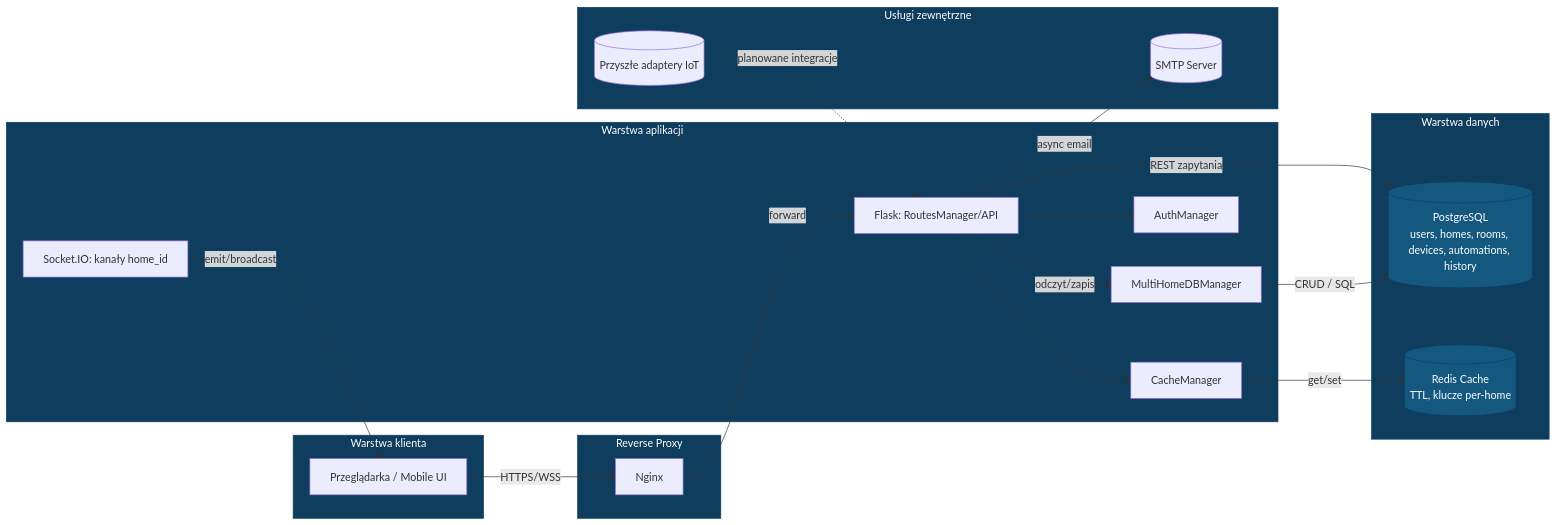
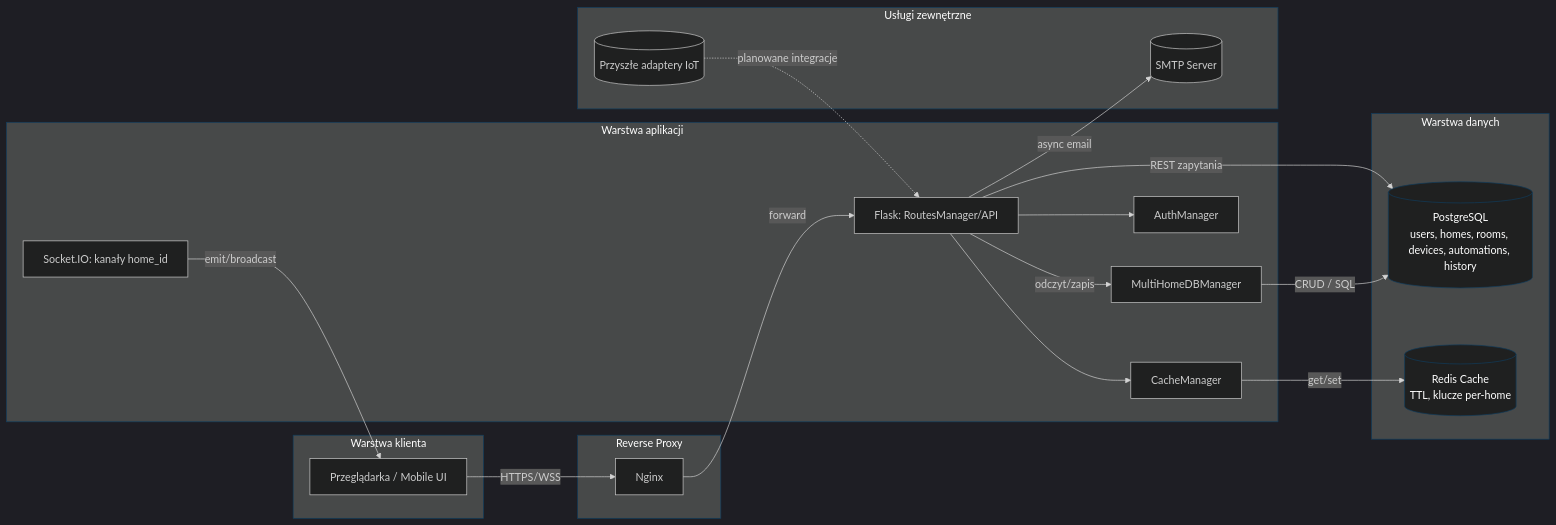
Before and after one commit to AdasRakieta/Site_proj: the diagram in Inzynierka/12_ZALACZNIKI/diagramy/architektura_systemu.mmd, drawn with Mermaid. The commit also changed 7 other files, not shown here.

Commit message:
zmiana stylów diagramów

```diff
--- a/Inzynierka/12_ZALACZNIKI/diagramy/architektura_systemu.mmd
+++ b/Inzynierka/12_ZALACZNIKI/diagramy/architektura_systemu.mmd
@@ -1,39 +1,43 @@
+---
+config:
+  theme: dark
+---
 flowchart LR
     subgraph Client[Warstwa klienta]
         B[Przeglądarka / Mobile UI]
     end
     subgraph Proxy[Reverse Proxy]
         N[Nginx]
     end
     subgraph App[Warstwa aplikacji]
         F[Flask: RoutesManager/API]
         S["Socket.IO: kanały home_id"]
         C[CacheManager]
         A[AuthManager]
         M[MultiHomeDBManager]
     end
     subgraph Data[Warstwa danych]
         PG[("PostgreSQL<br/>users, homes, rooms, devices, automations, history")]
         R[("Redis Cache<br/>TTL, klucze per-home")]
     end
     subgraph External[Usługi zewnętrzne]
         SMTP[("SMTP Server")]
         Future[("Przyszłe adaptery IoT")]
     end
 
     B -->|HTTPS/WSS| N
     N -->|forward| F
     F -->|REST zapytania| PG
     F -->|odczyt/zapis| M
     M -->|CRUD / SQL| PG
     F --> A
     F --> C
     C -->|get/set| R
     S -->|emit/broadcast| B
     F -->|async email| SMTP
     Future -.->|planowane integracje| F
 
-    classDef layer fill:#0f3d5e,stroke:#0f3d5e,color:#fff
-    classDef store fill:#145880,stroke:#0f3d5e,color:#fff
+    classDef layer stroke:#0f3d5e,color:#fff
+    classDef store stroke:#0f3d5e,color:#fff
     class PG,R store
     class Client,Proxy,App,Data,External layer
```
